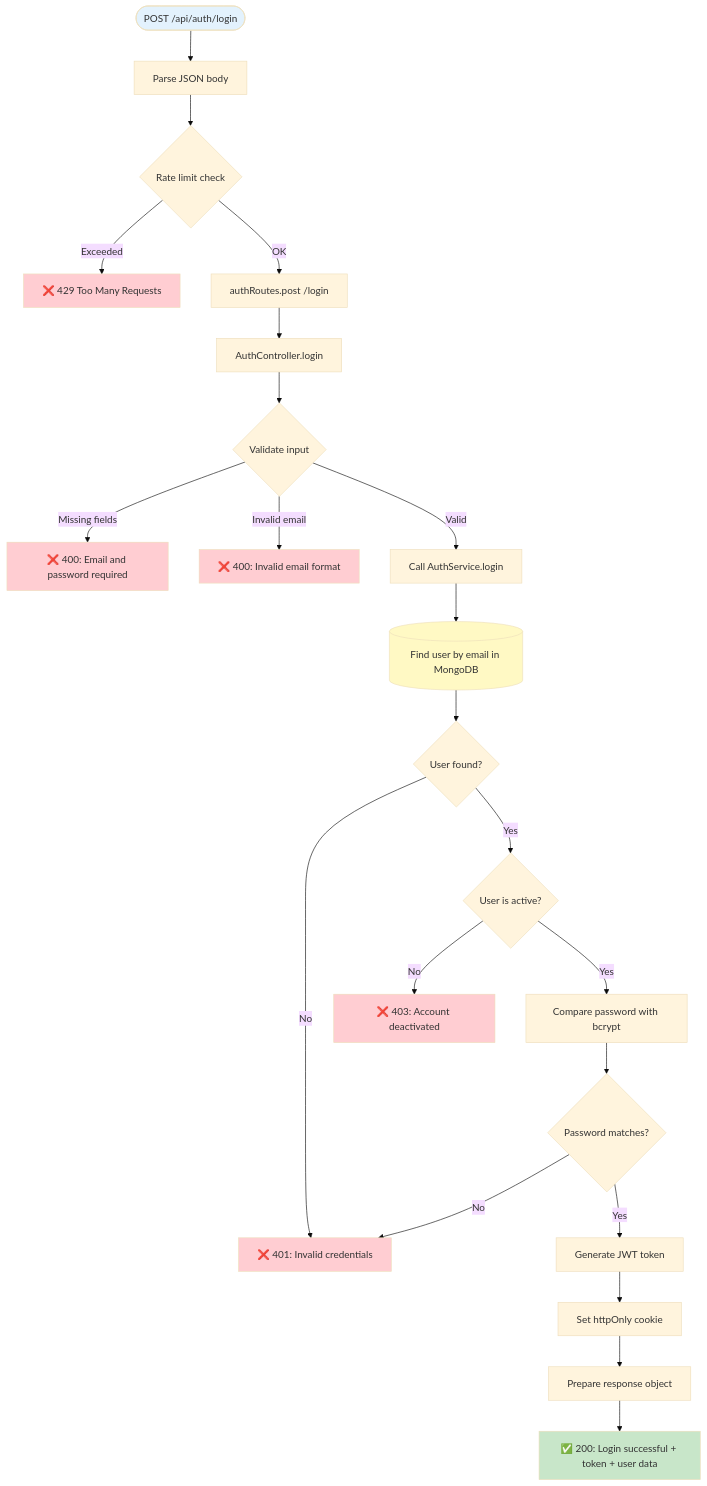
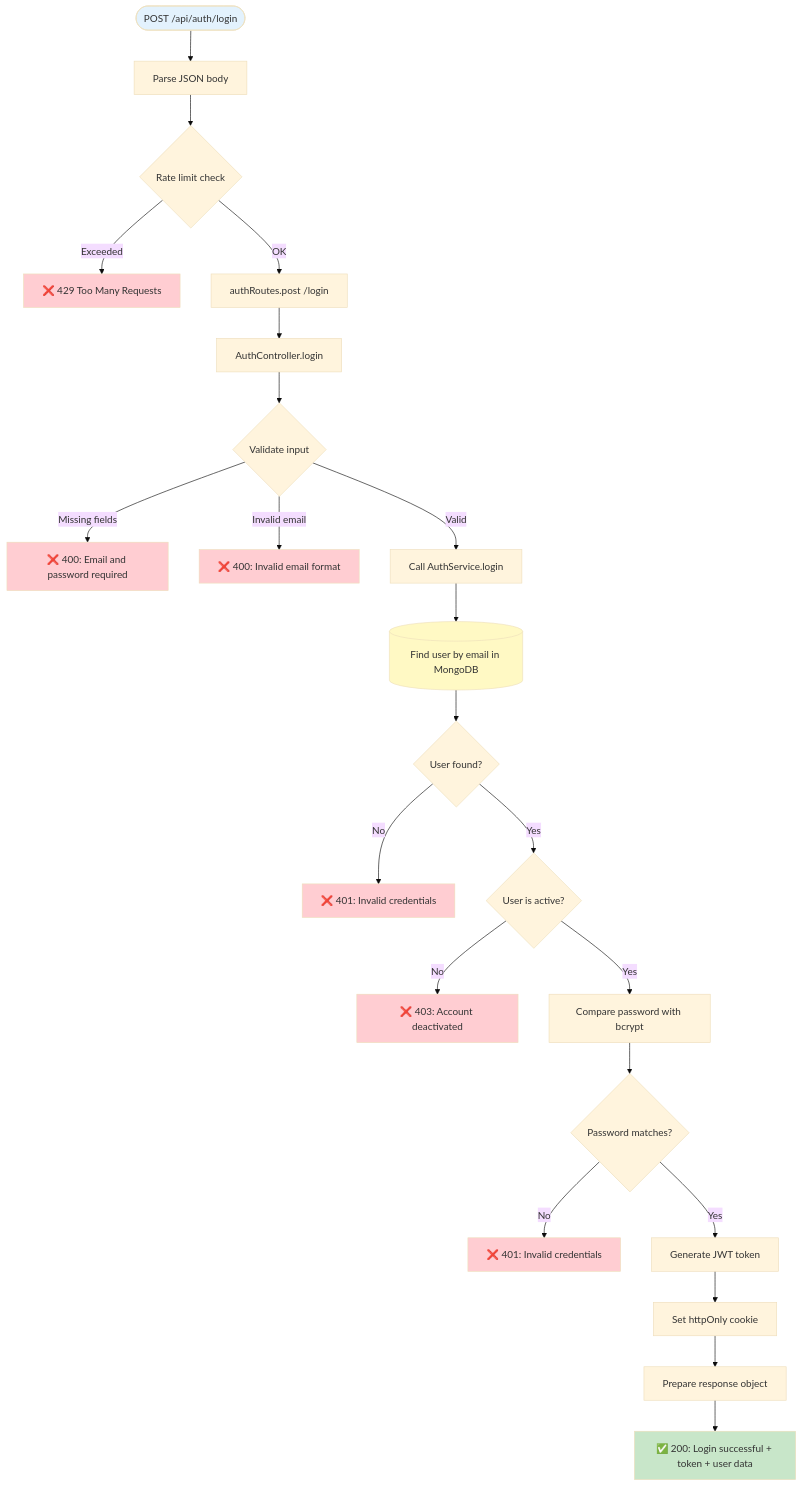
One commit to shmuelkapiloff/simple- changed the second of 26 diagrams in docs/SERVER_ENDPOINTS_MAP.md. Above: the diagram before and after it, drawn with Mermaid (base theme). The commit also changed other lines of this file, not shown here.

````diff
--- a/docs/SERVER_ENDPOINTS_MAP.md
+++ b/docs/SERVER_ENDPOINTS_MAP.md
@@ -107,40 +107,41 @@
 ```mermaid
 flowchart TD
     Request([POST /api/auth/login]) --> Middleware1[Parse JSON body]
     Middleware1 --> RateLimit{Rate limit check}
     RateLimit -->|Exceeded| Return429[❌ 429 Too Many Requests]
     RateLimit -->|OK| RouteHandler[authRoutes.post /login]
     
     RouteHandler --> Controller[AuthController.login]
     
     Controller --> ValidateInput{Validate input}
     ValidateInput -->|Missing fields| Return400["❌ 400: Email and password required"]
     ValidateInput -->|Invalid email| Return400Email["❌ 400: Invalid email format"]
     ValidateInput -->|Valid| CallService[Call AuthService.login]
     
     CallService --> FindUser[(Find user by email in MongoDB)]
     FindUser --> UserExists{User found?}
-    UserExists -->|No| Return401["❌ 401: Invalid credentials"]
+    UserExists -->|No| Return401User["❌ 401: Invalid credentials"]
     UserExists -->|Yes| CheckActive{User is active?}
     
     CheckActive -->|No| Return403["❌ 403: Account deactivated"]
     CheckActive -->|Yes| ComparePassword[Compare password with bcrypt]
     
     ComparePassword --> PasswordMatch{Password matches?}
-    PasswordMatch -->|No| Return401
+    PasswordMatch -->|No| Return401Pass["❌ 401: Invalid credentials"]
     PasswordMatch -->|Yes| GenerateJWT[Generate JWT token]
     
     GenerateJWT --> SetCookie[Set httpOnly cookie]
     SetCookie --> PrepareResponse[Prepare response object]
     PrepareResponse --> Return200["✅ 200: Login successful + token + user data"]
     
     
     style Request fill:#e3f2fd
     style Return200 fill:#c8e6c9
     style Return429 fill:#ffcdd2
     style Return400 fill:#ffcdd2
     style Return400Email fill:#ffcdd2
-    style Return401 fill:#ffcdd2
+    style Return401User fill:#ffcdd2
+    style Return401Pass fill:#ffcdd2
     style Return403 fill:#ffcdd2
     style FindUser fill:#fff9c4
 ```
````
